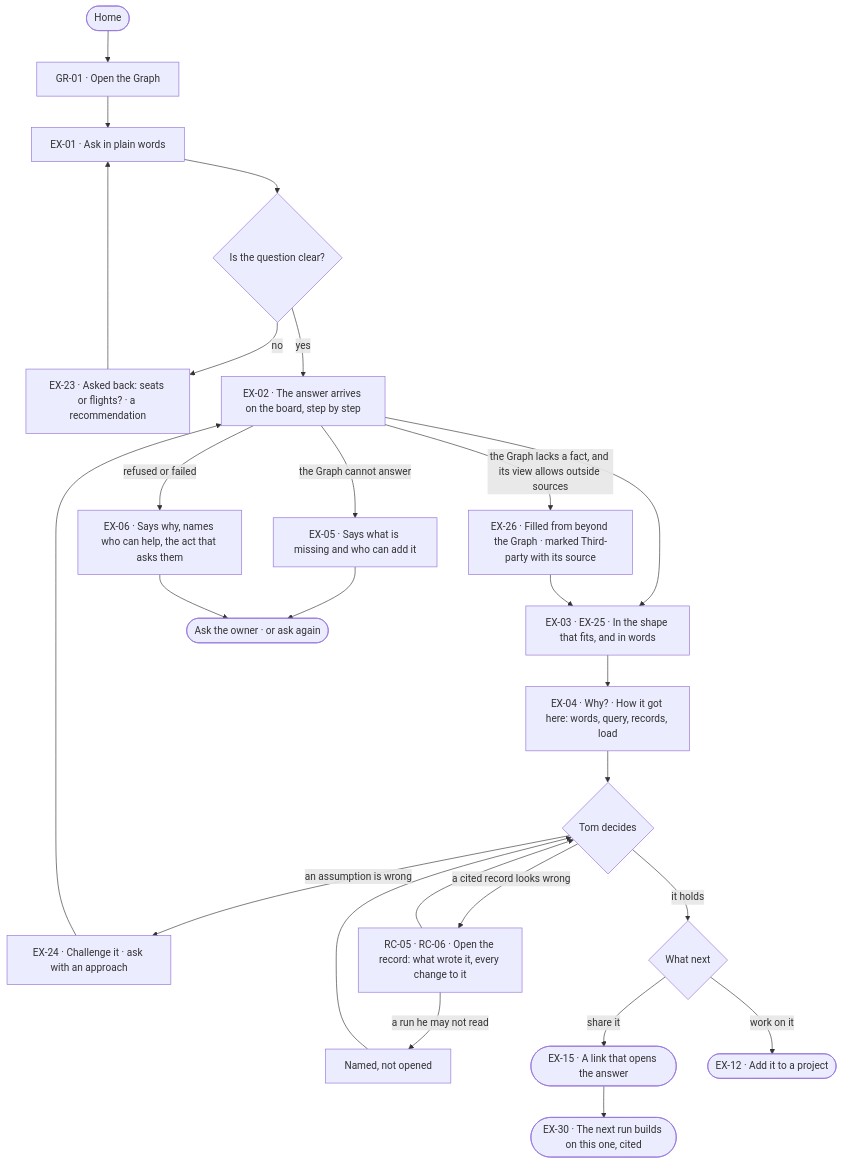
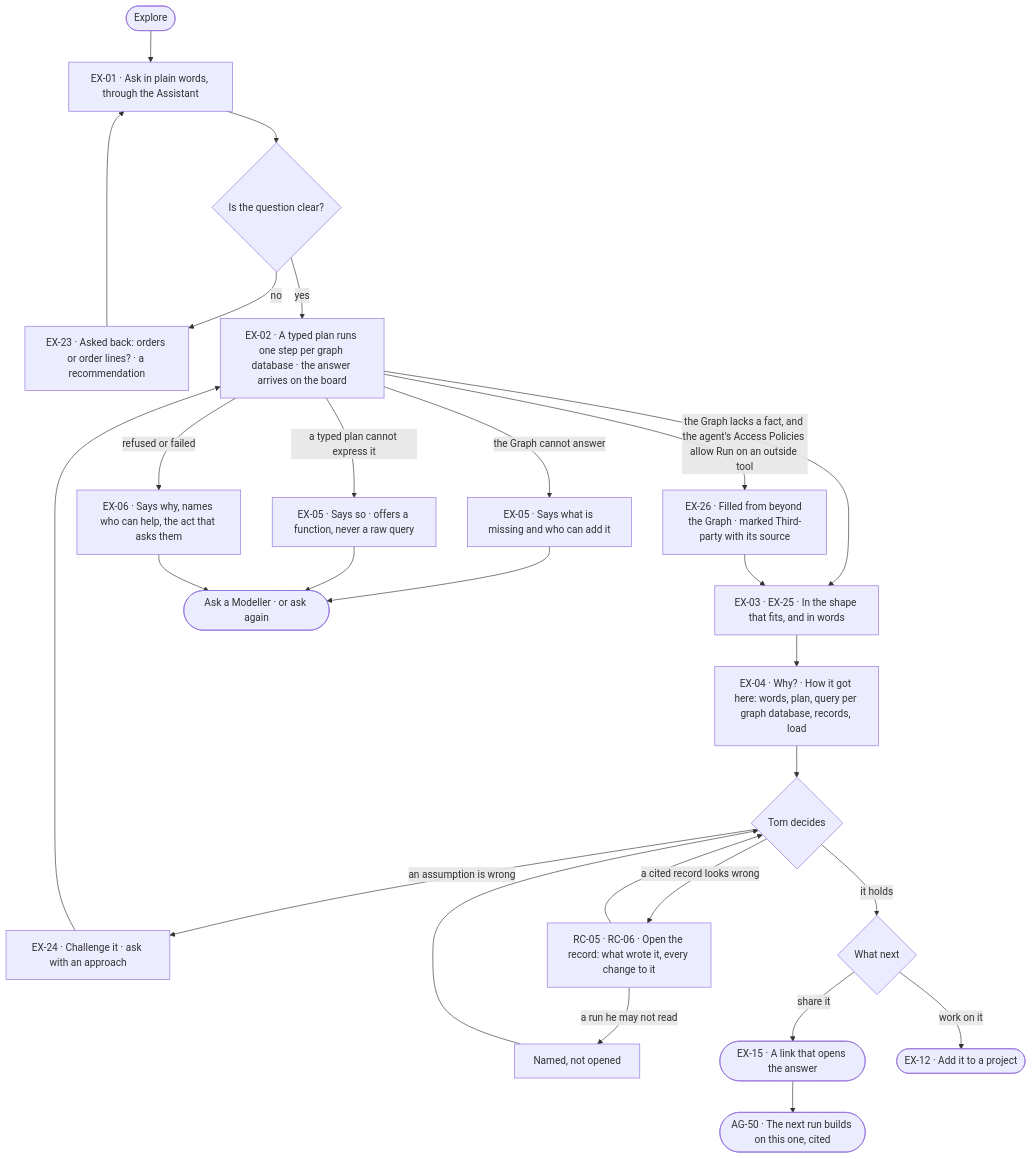
The diagram in specs/journeys/J02-ask-and-trust-the-answer.md (invana/invana), drawn with Mermaid before and after one commit. The commit also changed other lines of this file and 522 other files, not shown here.

````diff
--- a/specs/journeys/J02-ask-and-trust-the-answer.md
+++ b/specs/journeys/J02-ask-and-trust-the-answer.md
@@ -16,24 +16,25 @@
 ```mermaid
 flowchart TD
-  A([Home]) --> B["GR-01 · Open the Graph"]
-  B --> C["EX-01 · Ask in plain words"]
+  A([Explore]) --> C["EX-01 · Ask in plain words, through the Assistant"]
   C --> D{"Is the question clear?"}
-  D -->|no| E["EX-23 · Asked back: seats or flights? · a recommendation"] --> C
-  D -->|yes| F["EX-02 · The answer arrives on the board, step by step"]
+  D -->|no| E["EX-23 · Asked back: orders or order lines? · a recommendation"] --> C
+  D -->|yes| F["EX-02 · A typed plan runs one step per graph database · the answer arrives on the board"]
   F --> G["EX-03 · EX-25 · In the shape that fits, and in words"]
-  G --> H["EX-04 · Why? · How it got here: words, query, records, load"]
+  G --> H["EX-04 · Why? · How it got here: words, plan, query per graph database, records, load"]
   H --> I{"Tom decides"}
   I -->|an assumption is wrong| J["EX-24 · Challenge it · ask with an approach"] --> F
   I -->|a cited record looks wrong| R["RC-05 · RC-06 · Open the record: what wrote it, every change to it"]
   R -->|a run he may not read| R1["Named, not opened"] --> I
   R --> I
   I -->|it holds| K{"What next"}
   K -->|share it| L(["EX-15 · A link that opens the answer"])
   K -->|work on it| M(["EX-12 · Add it to a project"])
-  F -->|the Graph lacks a fact, and its view allows outside sources| X["EX-26 · Filled from beyond the Graph · marked Third-party with its source"] --> G
+  F -->|the Graph lacks a fact, and the agent's Access Policies allow Run on an outside tool| X["EX-26 · Filled from beyond the Graph · marked Third-party with its source"] --> G
   F -->|the Graph cannot answer| N["EX-05 · Says what is missing and who can add it"]
+  F -->|a typed plan cannot express it| NP["EX-05 · Says so · offers a function, never a raw query"]
   F -->|refused or failed| O["EX-06 · Says why, names who can help, the act that asks them"]
-  N --> P(["Ask the owner · or ask again"])
+  N --> P(["Ask a Modeller · or ask again"])
+  NP --> P
   O --> P
-  L --> Q(["EX-30 · The next run builds on this one, cited"])
+  L --> Q(["AG-50 · The next run builds on this one, cited"])
 ```
````
